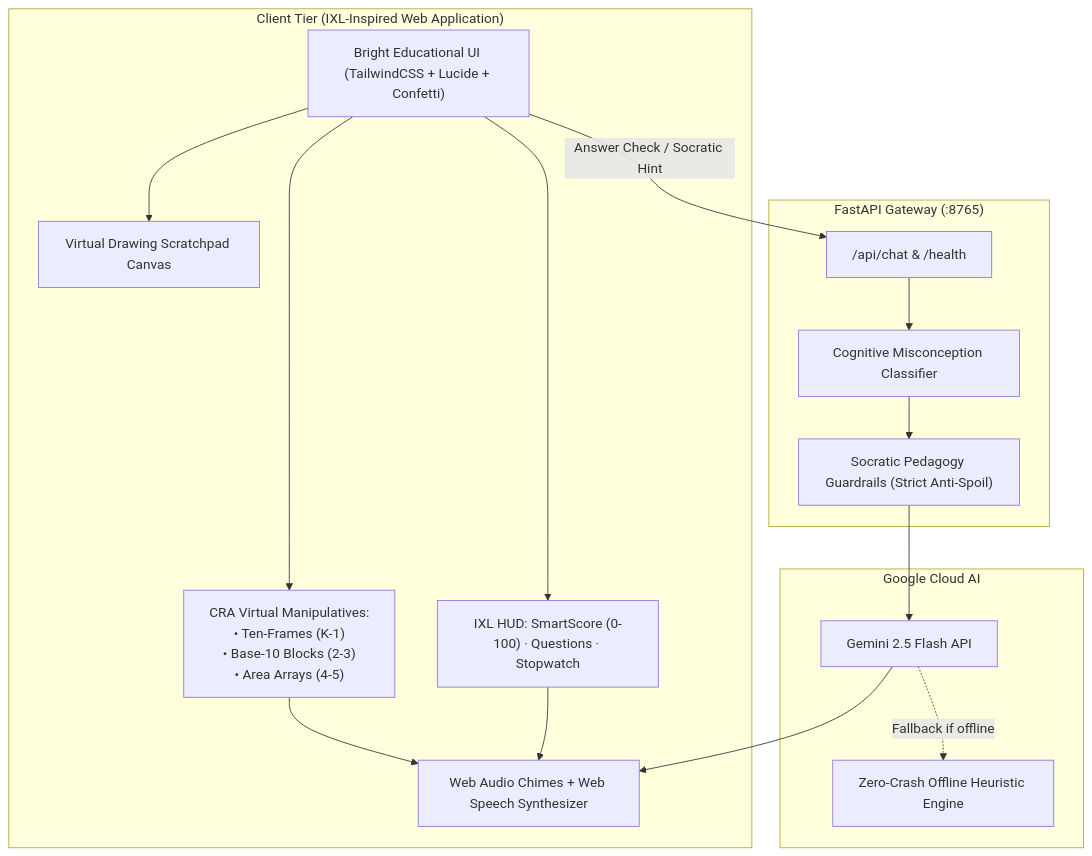
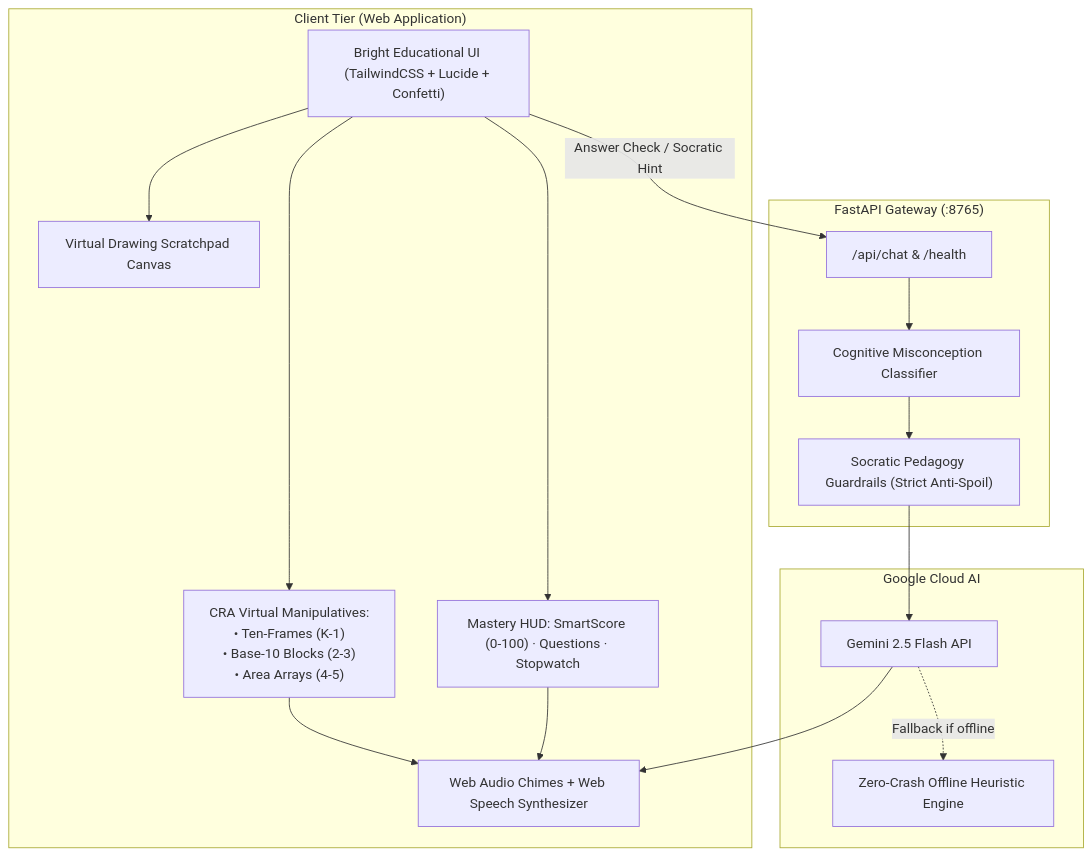
Before and after one commit to SKannaian/nerdy-arithmetic-ai: the diagram in README.md, drawn with Mermaid. The commit also changed other lines of this file and 6 other files, not shown here.

````diff
--- a/README.md
+++ b/README.md
@@ -36,33 +36,33 @@
 ```mermaid
 graph TB
-    subgraph Client["Client Tier (IXL-Inspired Web Application)"]
+    subgraph Client["Client Tier (Web Application)"]
         UI["Bright Educational UI (TailwindCSS + Lucide + Confetti)"]
-        HUD["IXL HUD: SmartScore (0-100) · Questions · Stopwatch"]
+        HUD["Mastery HUD: SmartScore (0-100) · Questions · Stopwatch"]
         CRA["CRA Virtual Manipulatives:<br>• Ten-Frames (K-1)<br>• Base-10 Blocks (2-3)<br>• Area Arrays (4-5)"]
         AudioEngine["Web Audio Chimes + Web Speech Synthesizer"]
         Scratchpad["Virtual Drawing Scratchpad Canvas"]
     end
 
     subgraph BackendGateway["FastAPI Gateway (:8765)"]
         Router["/api/chat & /health"]
         Classifier["Cognitive Misconception Classifier"]
         SocraticPrompt["Socratic Pedagogy Guardrails (Strict Anti-Spoil)"]
     end
 
     subgraph CloudAI["Google Cloud AI"]
         Gemini["Gemini 2.5 Flash API"]
         HeuristicFallback["Zero-Crash Offline Heuristic Engine"]
     end
 
     UI --> HUD
     UI --> CRA
     UI --> Scratchpad
     CRA & HUD --> AudioEngine
 
     UI -- "Answer Check / Socratic Hint" --> Router
     Router --> Classifier
     Classifier --> SocraticPrompt
     SocraticPrompt --> Gemini
     Gemini -. "Fallback if offline" .-> HeuristicFallback
     Gemini --> AudioEngine
 ```
````
